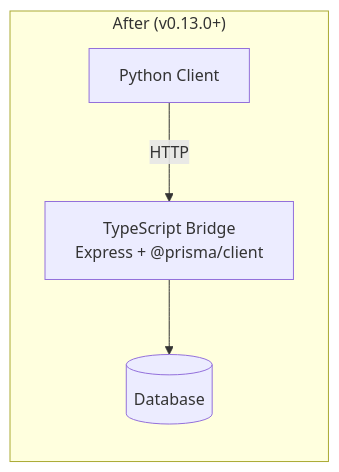
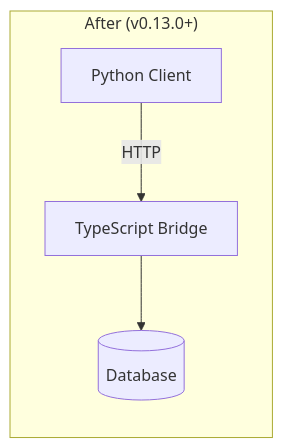
Before and after one commit to majdyz/prisma-client-py: the second of 4 diagrams in README.md, drawn with Mermaid. The commit also changed other lines of this file and 1 other file, not shown here.

First line of the commit message:
fix: remove @ symbol from Mermaid diagrams for GitHub compatibility

````diff
--- a/README.md
+++ b/README.md
@@ -70,7 +70,7 @@
 ```mermaid
 graph LR
     subgraph "After (v0.13.0+)"
-        A2[Python Client] -->|HTTP| B2[TypeScript Bridge<br/>Express + @prisma/client]
+        A2[Python Client] -->|HTTP| B2[TypeScript Bridge]
         B2 --> C2[(Database)]
     end
 ```
````
